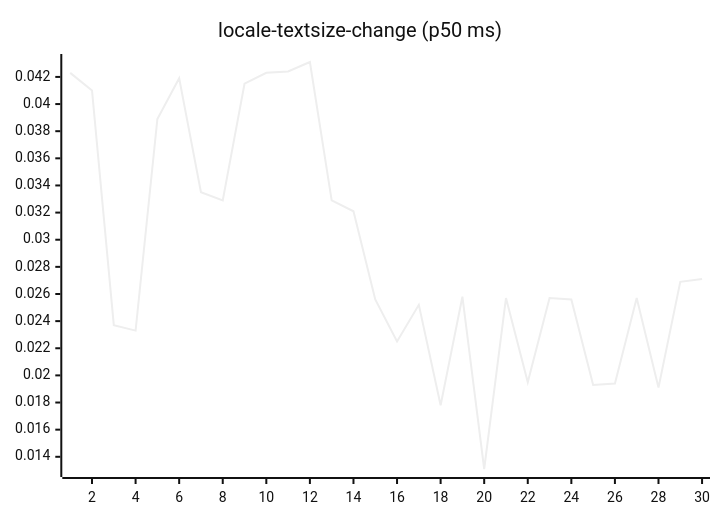
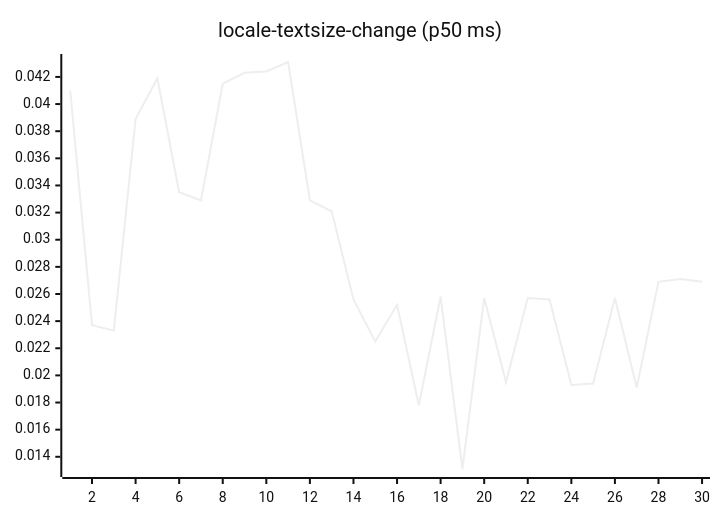
One commit to josha/Facet changed diagram 13 of 27 in README.md. Above: the diagram before and after it, drawn with Mermaid (neutral theme). The commit also changed other lines of this file and 2 other files, not shown here.

````diff
--- a/README.md
+++ b/README.md
@@ -147,6 +147,6 @@
 ```mermaid
 xychart-beta
     title "locale-textsize-change (p50 ms)"
     x-axis 1 --> 30
-    line [0.0423, 0.0410, 0.0237, 0.0233, 0.0389, 0.0419, 0.0335, 0.0329, 0.0415, 0.0423, 0.0424, 0.0431, 0.0329, 0.0321, 0.0256, 0.0225, 0.0252, 0.0178, 0.0258, 0.0131, 0.0257, 0.0195, 0.0257, 0.0256, 0.0193, 0.0194, 0.0257, 0.0191, 0.0269, 0.0271]
+    line [0.0410, 0.0237, 0.0233, 0.0389, 0.0419, 0.0335, 0.0329, 0.0415, 0.0423, 0.0424, 0.0431, 0.0329, 0.0321, 0.0256, 0.0225, 0.0252, 0.0178, 0.0258, 0.0131, 0.0257, 0.0195, 0.0257, 0.0256, 0.0193, 0.0194, 0.0257, 0.0191, 0.0269, 0.0271, 0.0269]
 ```
````
